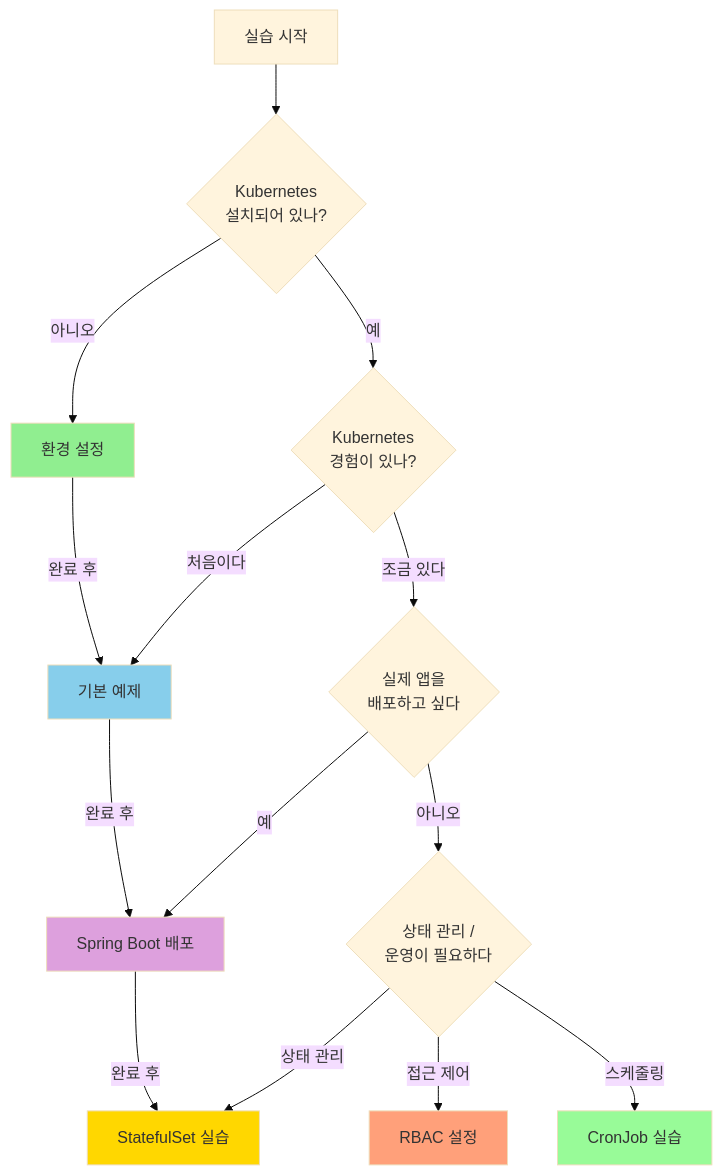
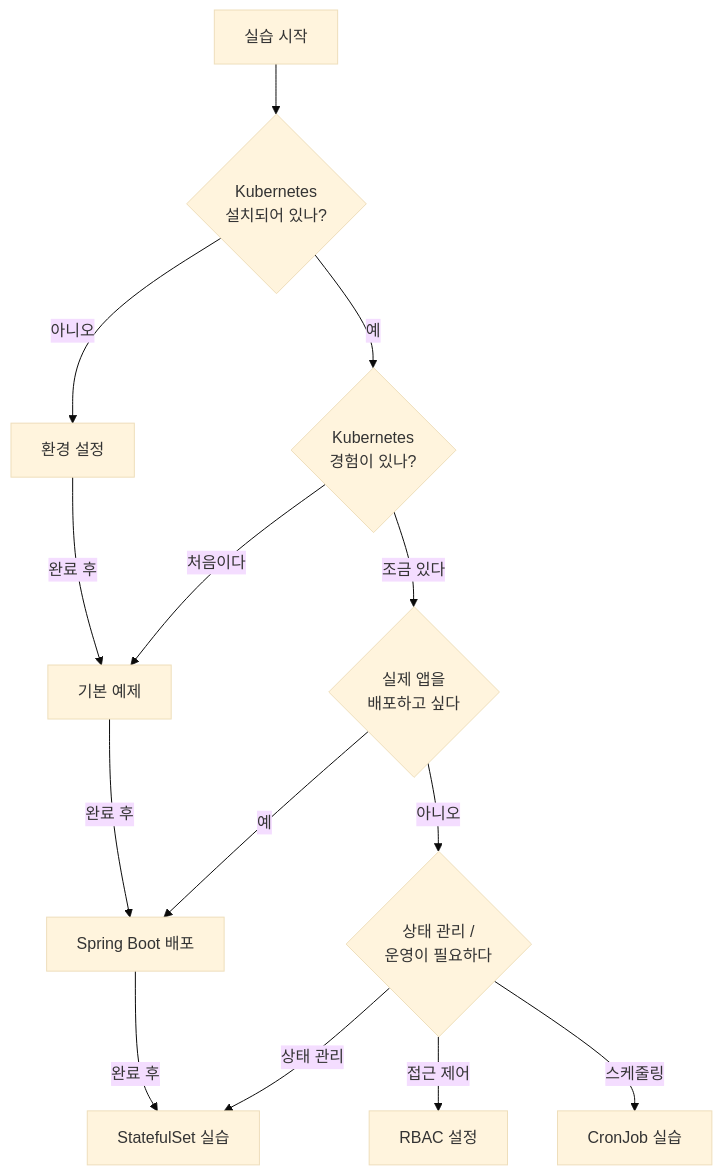
Before and after one commit to advanced-beginner/advanced-beginner.github.io: the diagram in content/ko/docs/kubernetes/examples/_index.md, drawn with Mermaid (base theme). The commit also changed 6 other files, not shown here.

First line of the commit message:
fix: Mermaid 색상 스타일(fill/stroke) 29개 제거

````diff
--- a/content/ko/docs/kubernetes/examples/_index.md
+++ b/content/ko/docs/kubernetes/examples/_index.md
@@ -18,28 +18,21 @@
 ```mermaid
 flowchart TD
     START[실습 시작] --> Q1{Kubernetes<br>설치되어 있나?}
 
     Q1 -->|아니오| A[환경 설정]
     Q1 -->|예| Q2{Kubernetes<br>경험이 있나?}
 
     Q2 -->|처음이다| B[기본 예제]
     Q2 -->|조금 있다| Q3{실제 앱을<br>배포하고 싶다}
 
     Q3 -->|예| C[Spring Boot 배포]
     Q3 -->|아니오| Q4{상태 관리 /<br>운영이 필요하다}
 
     Q4 -->|상태 관리| D[StatefulSet 실습]
     Q4 -->|접근 제어| E[RBAC 설정]
     Q4 -->|스케줄링| F[CronJob 실습]
 
     A -->|완료 후| B
     B -->|완료 후| C
     C -->|완료 후| D
-
-    style A fill:#90EE90
-    style B fill:#87CEEB
-    style C fill:#DDA0DD
-    style D fill:#FFD700
-    style E fill:#FFA07A
-    style F fill:#98FB98
 ```
````
